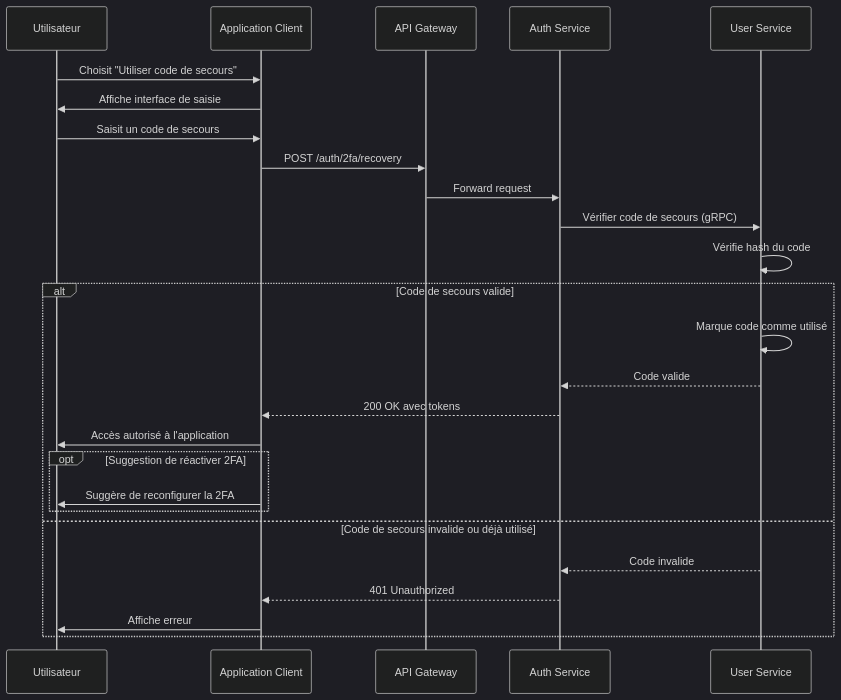
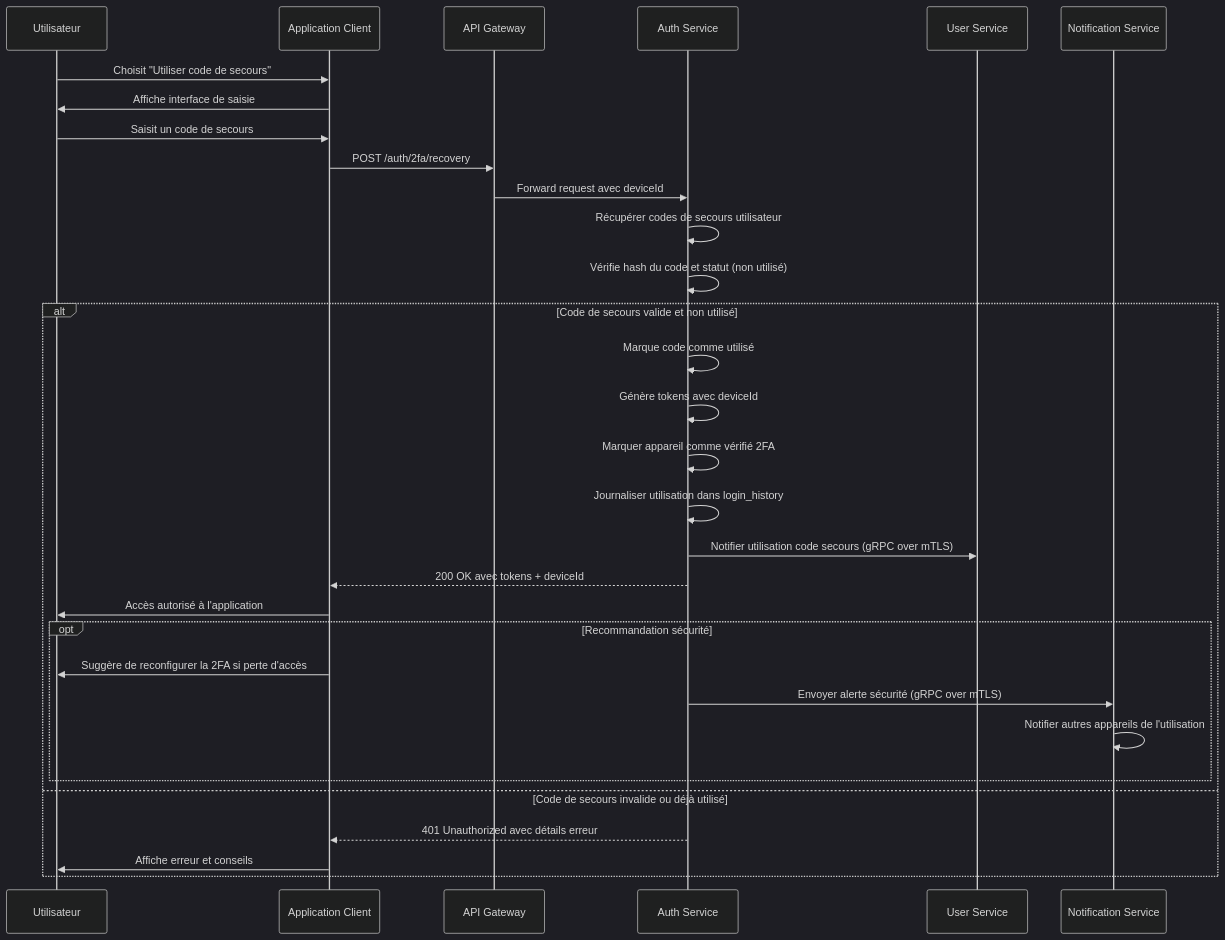
The fourth of 7 diagrams in documentation/2_fonctional_specs/2_two_factor_auth.md (whispr-messenger/auth-service), drawn with Mermaid (dark theme) before and after one commit. The commit also changed other lines of this file and 4 other files, not shown here.

Commit message:
📝 Update devices data managed by auth service

````diff
--- a/documentation/2_fonctional_specs/2_two_factor_auth.md
+++ b/documentation/2_fonctional_specs/2_two_factor_auth.md
@@ -162,32 +279,37 @@
 ```mermaid
 sequenceDiagram
     participant User as Utilisateur
     participant Client as Application Client
     participant APIGateway as API Gateway
     participant AuthService as Auth Service
     participant UserService as User Service
+    participant NotificationService as Notification Service
     
     User->>Client: Choisit "Utiliser code de secours"
     Client->>User: Affiche interface de saisie
     User->>Client: Saisit un code de secours
     
     Client->>APIGateway: POST /auth/2fa/recovery
-    APIGateway->>AuthService: Forward request
-    AuthService->>UserService: Vérifier code de secours (gRPC)
-    UserService->>UserService: Vérifie hash du code
+    APIGateway->>AuthService: Forward request avec deviceId
+    AuthService->>AuthService: Récupérer codes de secours utilisateur
+    AuthService->>AuthService: Vérifie hash du code et statut (non utilisé)
     
-    alt Code de secours valide
-        UserService->>UserService: Marque code comme utilisé
-        UserService-->>AuthService: Code valide
-        AuthService-->>Client: 200 OK avec tokens
+    alt Code de secours valide et non utilisé
+        AuthService->>AuthService: Marque code comme utilisé
+        AuthService->>AuthService: Génère tokens avec deviceId
+        AuthService->>AuthService: Marquer appareil comme vérifié 2FA
+        AuthService->>AuthService: Journaliser utilisation dans login_history
+        AuthService->>UserService: Notifier utilisation code secours (gRPC over mTLS)
+        AuthService-->>Client: 200 OK avec tokens + deviceId
         Client->>User: Accès autorisé à l'application
         
-        opt Suggestion de réactiver 2FA
-            Client->>User: Suggère de reconfigurer la 2FA
+        opt Recommandation sécurité
+            Client->>User: Suggère de reconfigurer la 2FA si perte d'accès
+            AuthService->>NotificationService: Envoyer alerte sécurité (gRPC over mTLS)
+            NotificationService->>NotificationService: Notifier autres appareils de l'utilisation
         end
     else Code de secours invalide ou déjà utilisé
-        UserService-->>AuthService: Code invalide
-        AuthService-->>Client: 401 Unauthorized
-        Client->>User: Affiche erreur
+        AuthService-->>Client: 401 Unauthorized avec détails erreur
+        Client->>User: Affiche erreur et conseils
     end
 ```
````
